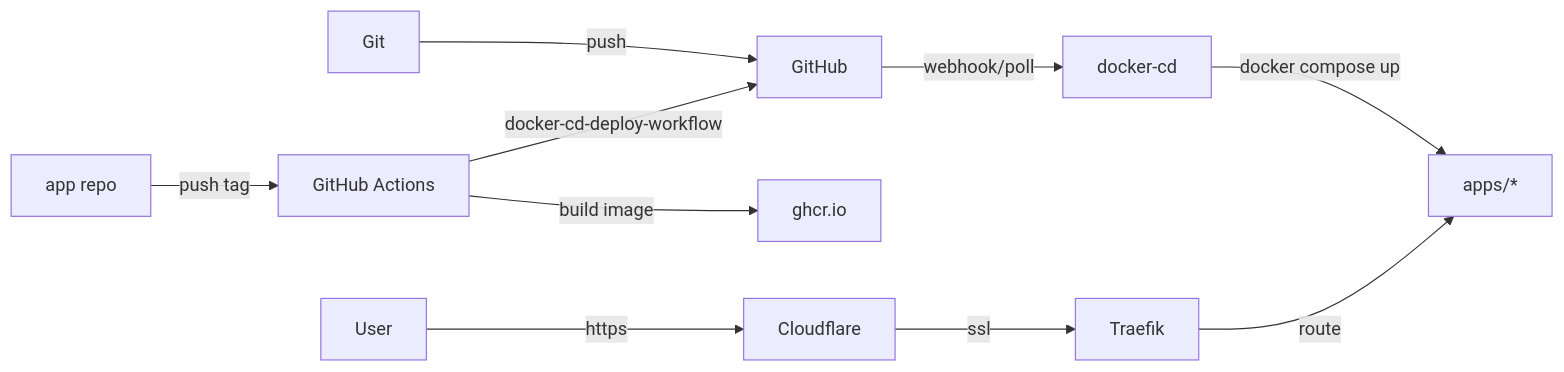
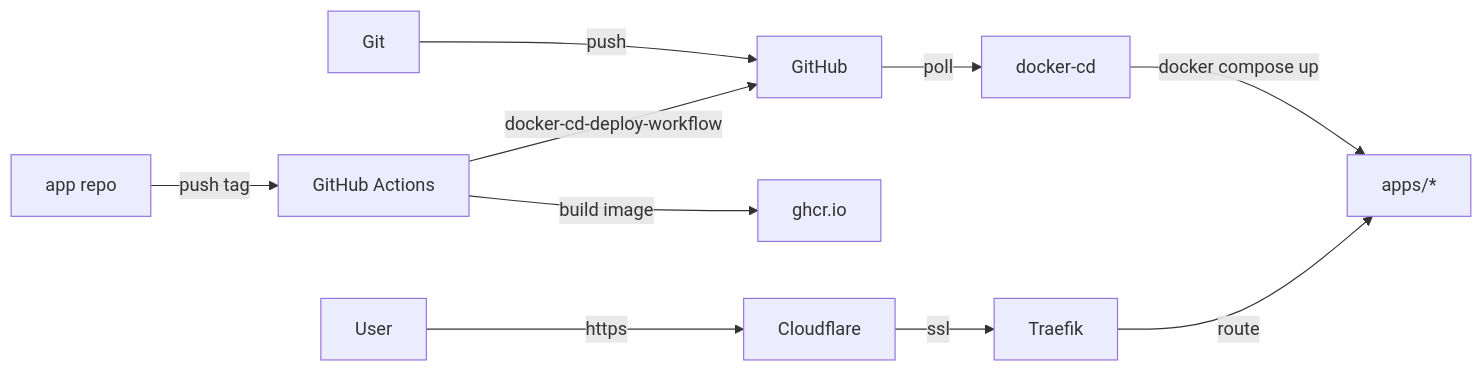
One commit to wajeht/home-ops changed the diagram in README.md. Above: the diagram before and after it, drawn with Mermaid.

Commit message:
docs: remove webhook reference from overview diagram

````diff
--- a/README.md
+++ b/README.md
@@ -14,8 +14,8 @@
 ```mermaid
 flowchart LR
-    Git -->|push| GitHub -->|webhook/poll| docker-cd
+    Git -->|push| GitHub -->|poll| docker-cd
     docker-cd -->|docker compose up| Apps[apps/*]
     AppRepo[app repo] -->|push tag| Actions[GitHub Actions] -->|build image| GHCR[ghcr.io]
     Actions -->|docker-cd-deploy-workflow| GitHub
     User -->|https| Cloudflare -->|ssl| Traefik -->|route| Apps
 ```
````
